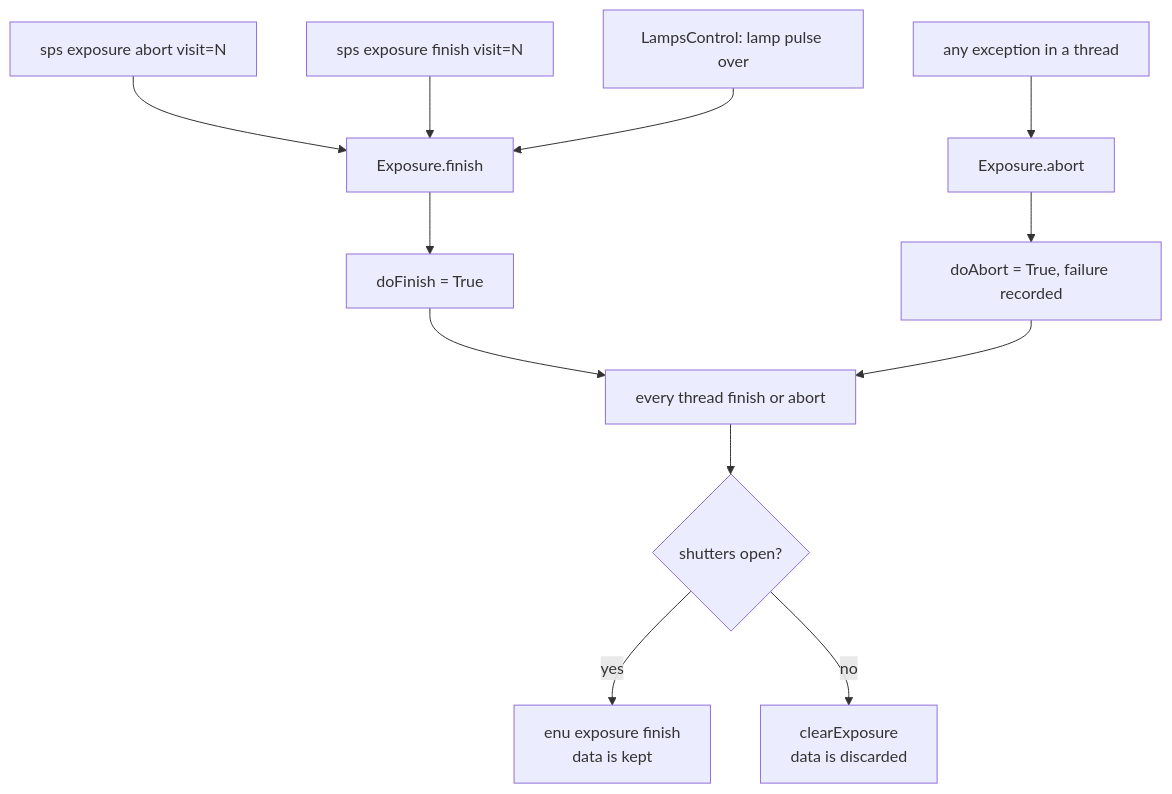
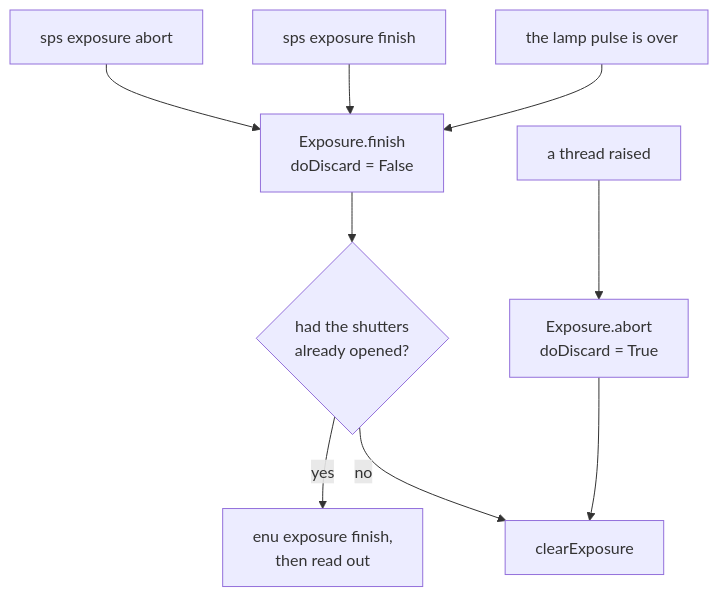
Before and after one commit to Subaru-PFS/ics_spsActor: the sixth of 7 diagrams in docs/exposureWorkflow.md, drawn with Mermaid. The commit also changed other lines of this file and 3 other files, not shown here.

````diff
--- a/docs/exposureWorkflow.md
+++ b/docs/exposureWorkflow.md
@@ -249,17 +249,13 @@
 ```mermaid
 flowchart TD
-    UserA["sps exposure abort visit=N"] --> Fin["Exposure.finish"]
-    UserF["sps exposure finish visit=N"] --> Fin
-    Pulse["LampsControl: lamp pulse over"] --> Fin
-    Err["any exception in a thread"] --> Ab["Exposure.abort"]
+    UserA["sps exposure abort"] --> Fin
+    UserF["sps exposure finish"] --> Fin
+    Pulse["the lamp pulse is over"] --> Fin["Exposure.finish<br/>doDiscard = False"]
+    Err["a thread raised"] --> Ab["Exposure.abort<br/>doDiscard = True"]
 
-    Fin --> DoF["doFinish = True"]
-    Ab --> DoA["doAbort = True, failure recorded"]
+    Fin --> Q{"had the shutters<br/>already opened?"}
+    Q -->|"yes"| Keep["enu exposure finish,<br/>then read out"]
+    Q -->|"no"| Drop["clearExposure"]
 
-    DoF --> Each["every thread finish or abort"]
-    DoA --> Each
-
-    Each --> Open{"shutters open?"}
-    Open -->|"yes"| Close["enu exposure finish<br/>data is kept"]
-    Open -->|"no"| Clear["clearExposure<br/>data is discarded"]
+    Ab --> Drop
 ```
````
